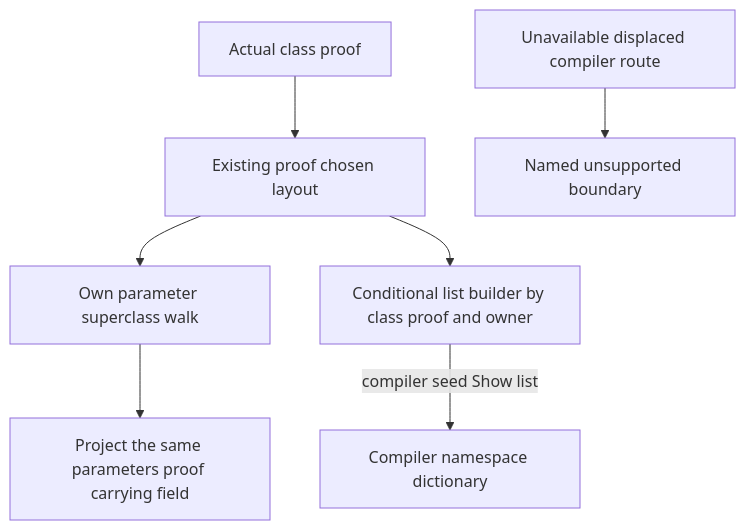
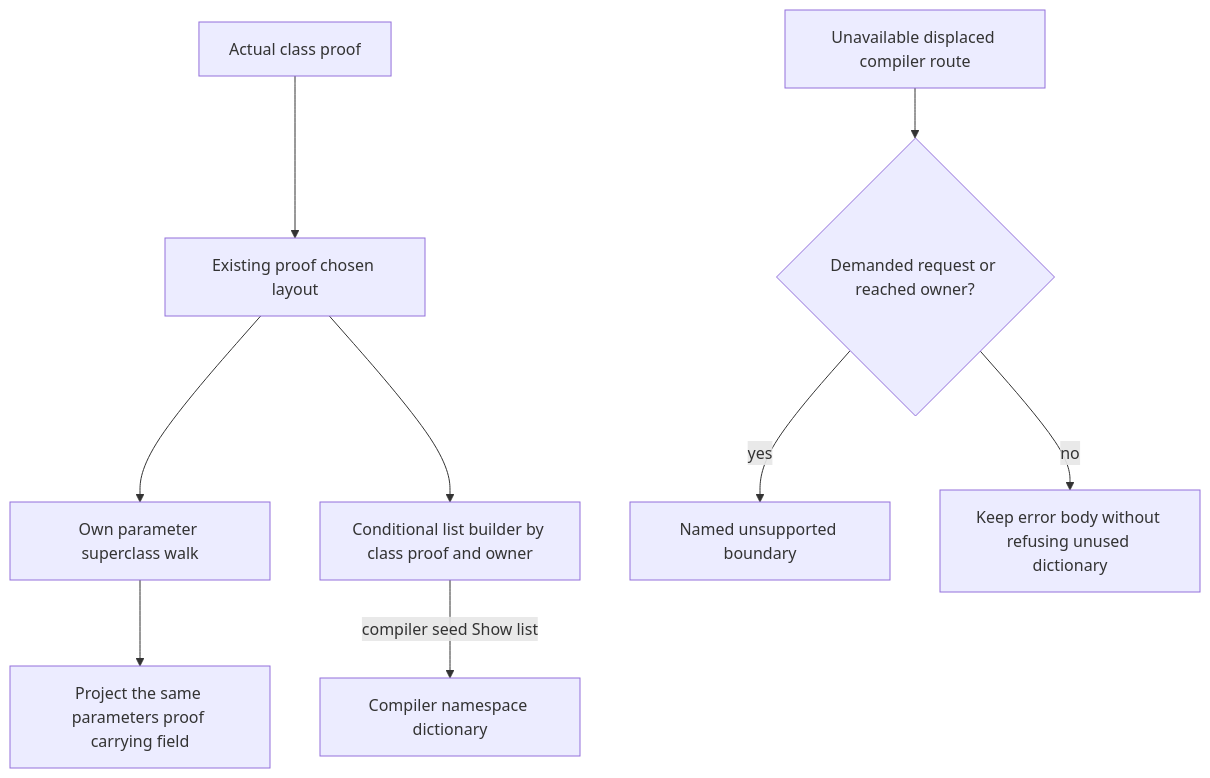
Diagram 20 of 20 in spec-chirho/workflows-chirho/language-features-chirho/dictionary-evidence-chirho.md (loveJesus/haskelujah-chirho), drawn with Mermaid before and after one commit. The commit also changed other lines of this file and 8 other files, not shown here.

````diff
--- a/spec-chirho/workflows-chirho/language-features-chirho/dictionary-evidence-chirho.md
+++ b/spec-chirho/workflows-chirho/language-features-chirho/dictionary-evidence-chirho.md
@@ -1173,9 +1173,11 @@
 ```mermaid
 flowchart TD
     proof_layout_chirho[Actual class proof] --> layout_chirho[Existing proof chosen layout]
     layout_chirho --> walk_chirho[Own parameter superclass walk]
     layout_chirho --> conditional_chirho[Conditional list builder by class proof and owner]
     conditional_chirho -->|compiler seed Show list| dictionary_chirho[Compiler namespace dictionary]
     walk_chirho --> slot_chirho[Project the same parameters proof carrying field]
-    missing_chirho[Unavailable displaced compiler route] --> refusal_chirho[Named unsupported boundary]
+    missing_chirho[Unavailable displaced compiler route] --> owner_chirho{Demanded request or reached owner?}
+    owner_chirho -- yes --> refusal_chirho[Named unsupported boundary]
+    owner_chirho -- no --> retained_error_chirho[Keep error body without refusing unused dictionary]
 ```
````
